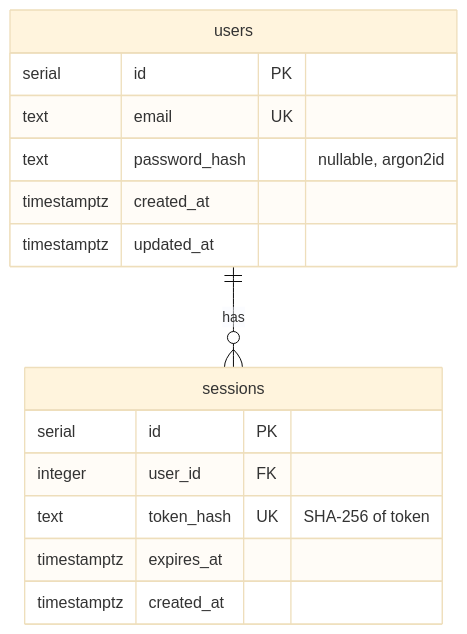
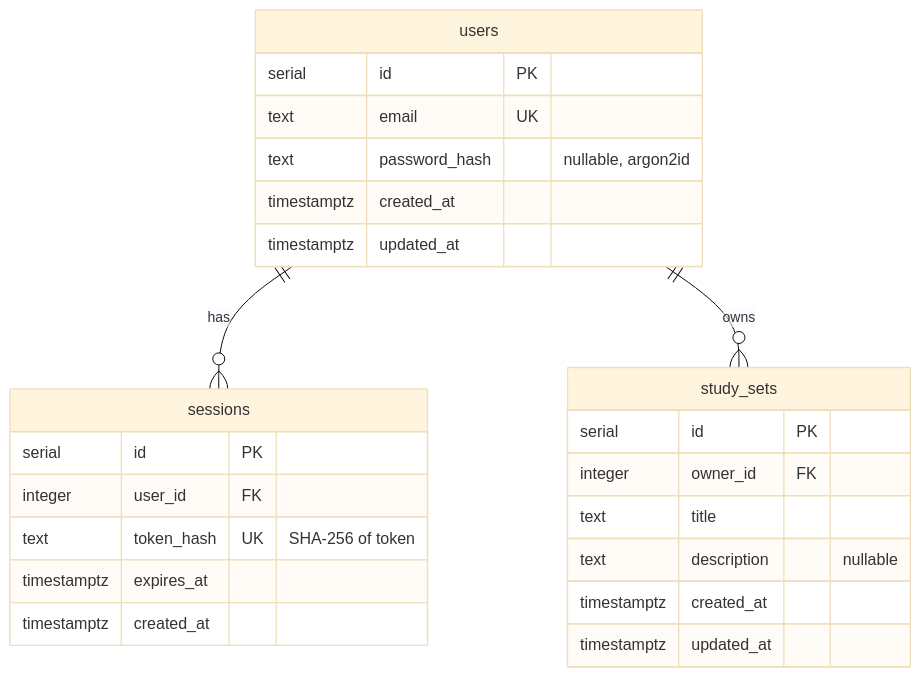
The diagram in docs/database/schema.md (danisolation/recall), drawn with Mermaid (base theme) before and after one commit. The commit also changed other lines of this file and 5 other files, not shown here.

Commit message:
feat(db): add study_sets table with owner cascade and index

````diff
--- a/docs/database/schema.md
+++ b/docs/database/schema.md
@@ -33,18 +46,27 @@
 ```mermaid
 erDiagram
     users ||--o{ sessions : "has"
+    users ||--o{ study_sets : "owns"
     users {
         serial id PK
         text email UK
         text password_hash "nullable, argon2id"
         timestamptz created_at
         timestamptz updated_at
     }
     sessions {
         serial id PK
         integer user_id FK
         text token_hash UK "SHA-256 of token"
         timestamptz expires_at
         timestamptz created_at
     }
+    study_sets {
+        serial id PK
+        integer owner_id FK
+        text title
+        text description "nullable"
+        timestamptz created_at
+        timestamptz updated_at
+    }
 ```
````
